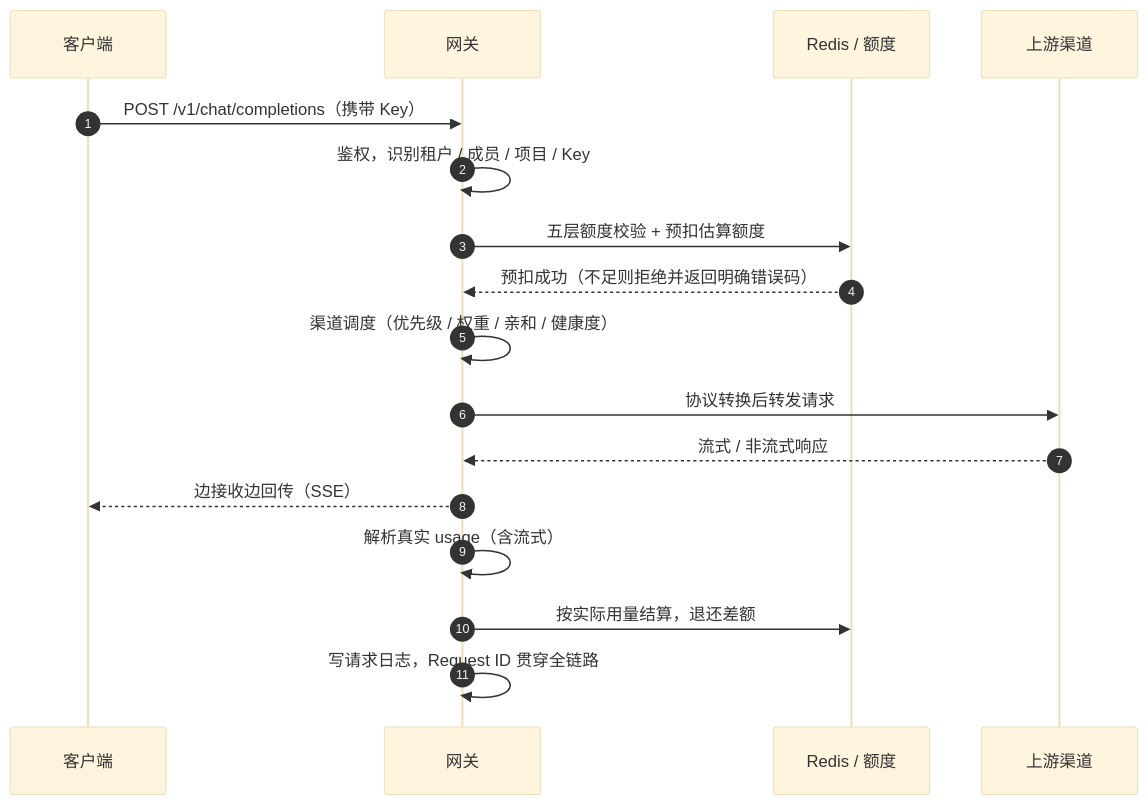
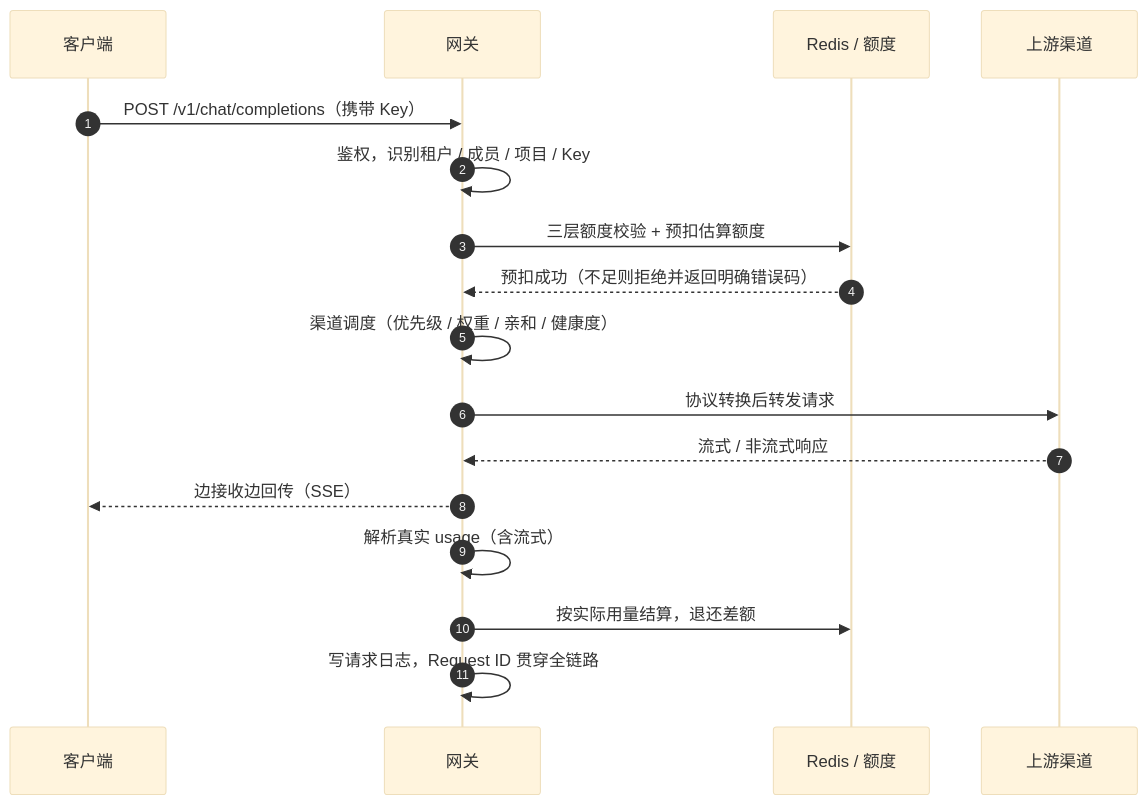
Before and after one commit to qianfree/team-api-docs: the second of 4 diagrams in docs/intro/architecture.md, drawn with Mermaid (base theme). The commit also changed other lines of this file and 31 other files, not shown here.

````diff
--- a/docs/intro/architecture.md
+++ b/docs/intro/architecture.md
@@ -60,20 +60,20 @@
 ```mermaid
 sequenceDiagram
     autonumber
     participant C as 客户端
     participant G as 网关
     participant R as Redis / 额度
     participant U as 上游渠道
 
     C->>G: POST /v1/chat/completions（携带 Key）
     G->>G: 鉴权，识别租户 / 成员 / 项目 / Key
-    G->>R: 五层额度校验 + 预扣估算额度
+    G->>R: 三层额度校验 + 预扣估算额度
     R-->>G: 预扣成功（不足则拒绝并返回明确错误码）
     G->>G: 渠道调度（优先级 / 权重 / 亲和 / 健康度）
     G->>U: 协议转换后转发请求
     U-->>G: 流式 / 非流式响应
     G-->>C: 边接收边回传（SSE）
     G->>G: 解析真实 usage（含流式）
     G->>R: 按实际用量结算，退还差额
     G->>G: 写请求日志，Request ID 贯穿全链路
 ```
````
